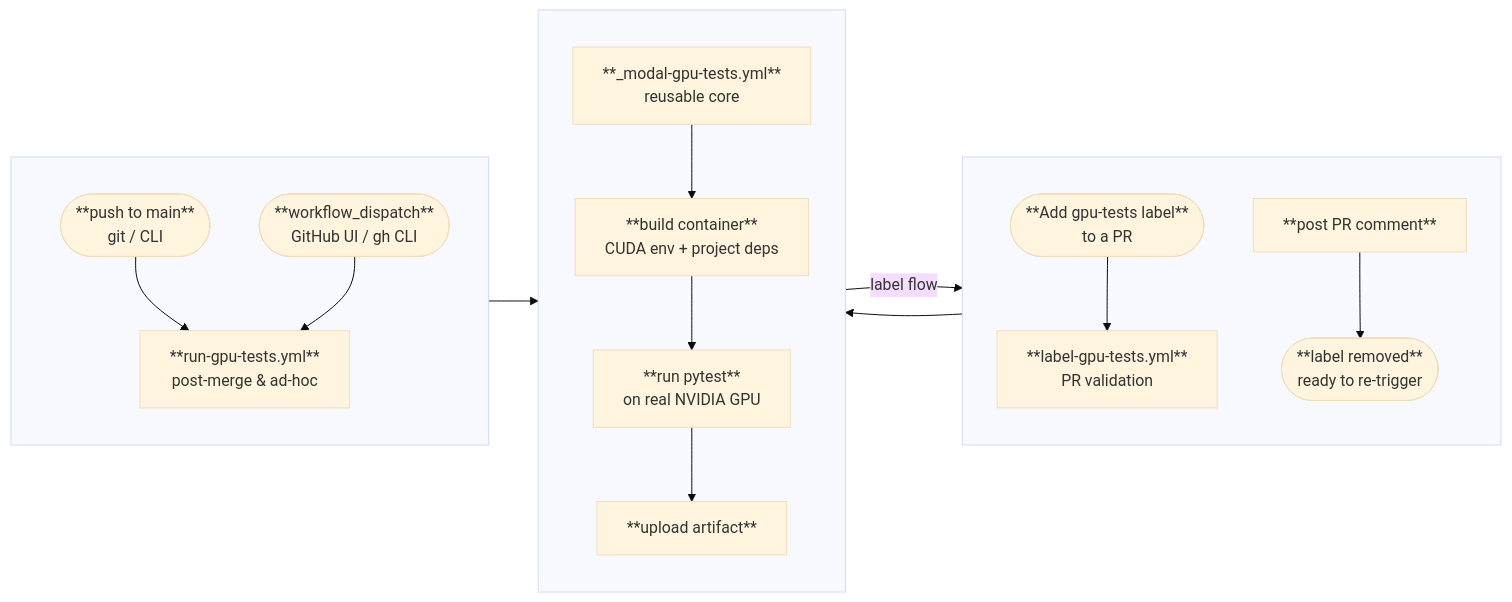
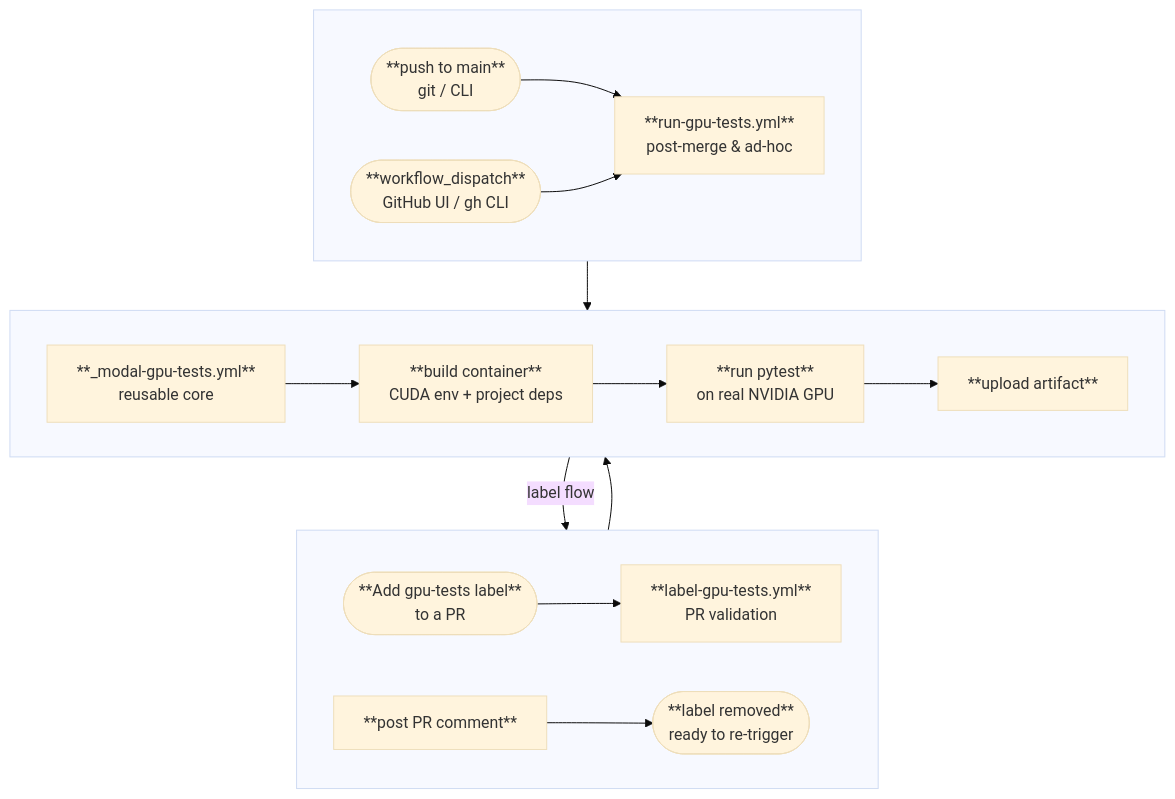
Before and after one commit to Borda/affordable-GPU-CI: the diagram in README.md, drawn with Mermaid (base theme). The commit also changed other lines of this file and 1 other file, not shown here.

Commit message:
Refine workflow and README with updated GPU test naming, badge URLs, and diagram layout adjustments

````diff
--- a/README.md
+++ b/README.md
@@ -19,22 +21,22 @@
 ```mermaid
-flowchart LR
+flowchart TB
     subgraph left [" "]
-        direction TB
+        direction LR
         A([**Add gpu-tests label**\n to a PR]) --> B[**label-gpu-tests.yml**\n PR validation]
         K[**post PR comment**] --> J([**label removed**\n ready to re-trigger])
     end
     subgraph mid [" "]
-        direction TB
+        direction LR
         F[**_modal-gpu-tests.yml**\n reusable core] --> G[**build container**\n CUDA env + project deps]
         G --> H[**run pytest**\n on real NVIDIA GPU]
         H --> I[**upload artifact**]
     end
     subgraph right [" "]
-        direction TB
+        direction LR
         C([**push to main**\n git / CLI]) --> D[**run-gpu-tests.yml**\n post-merge & ad-hoc]
         E([**workflow_dispatch**\n GitHub UI / gh CLI]) --> D
     end
     B --> F
     D --> F
     I -->|label flow| K
 ```
````
